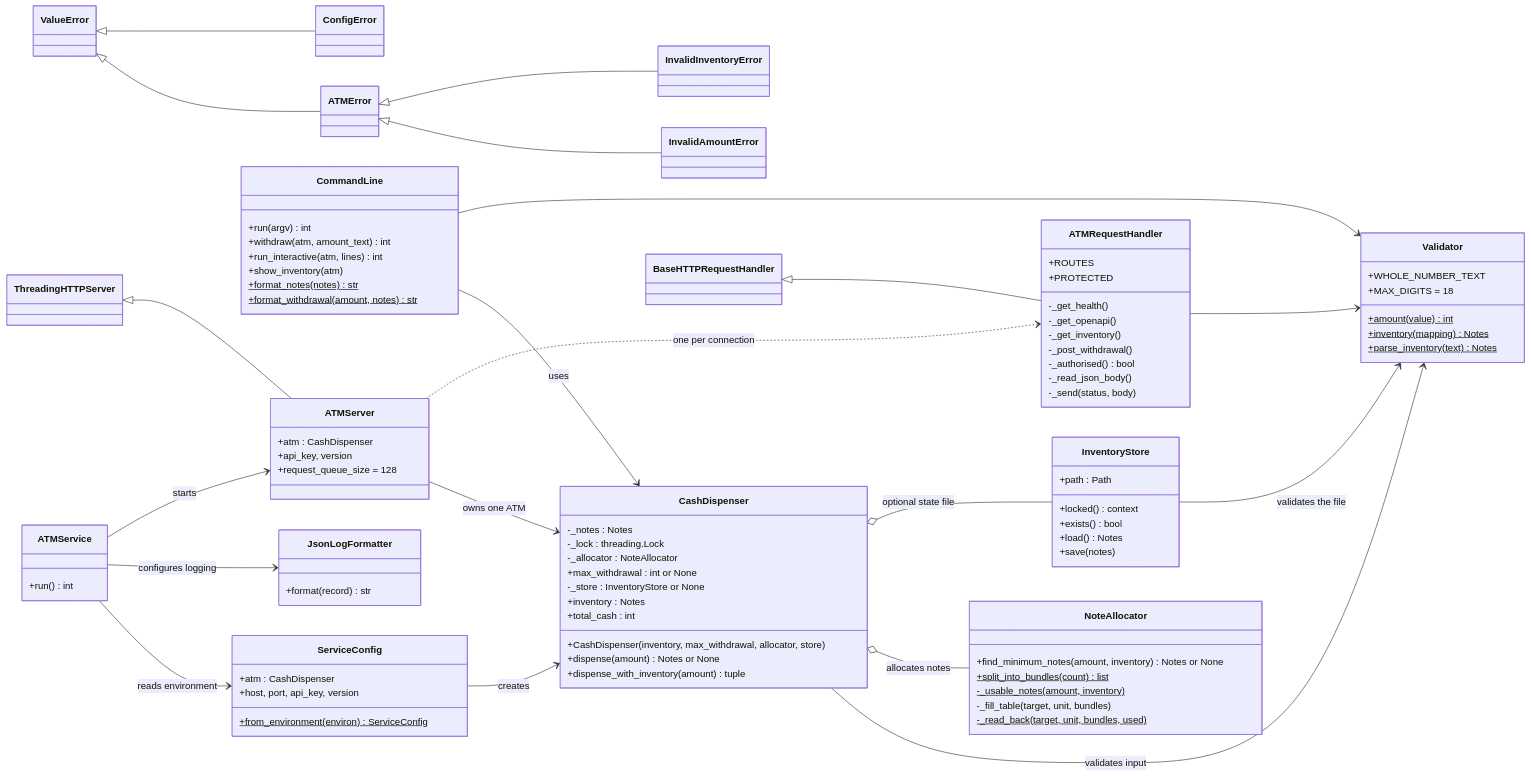
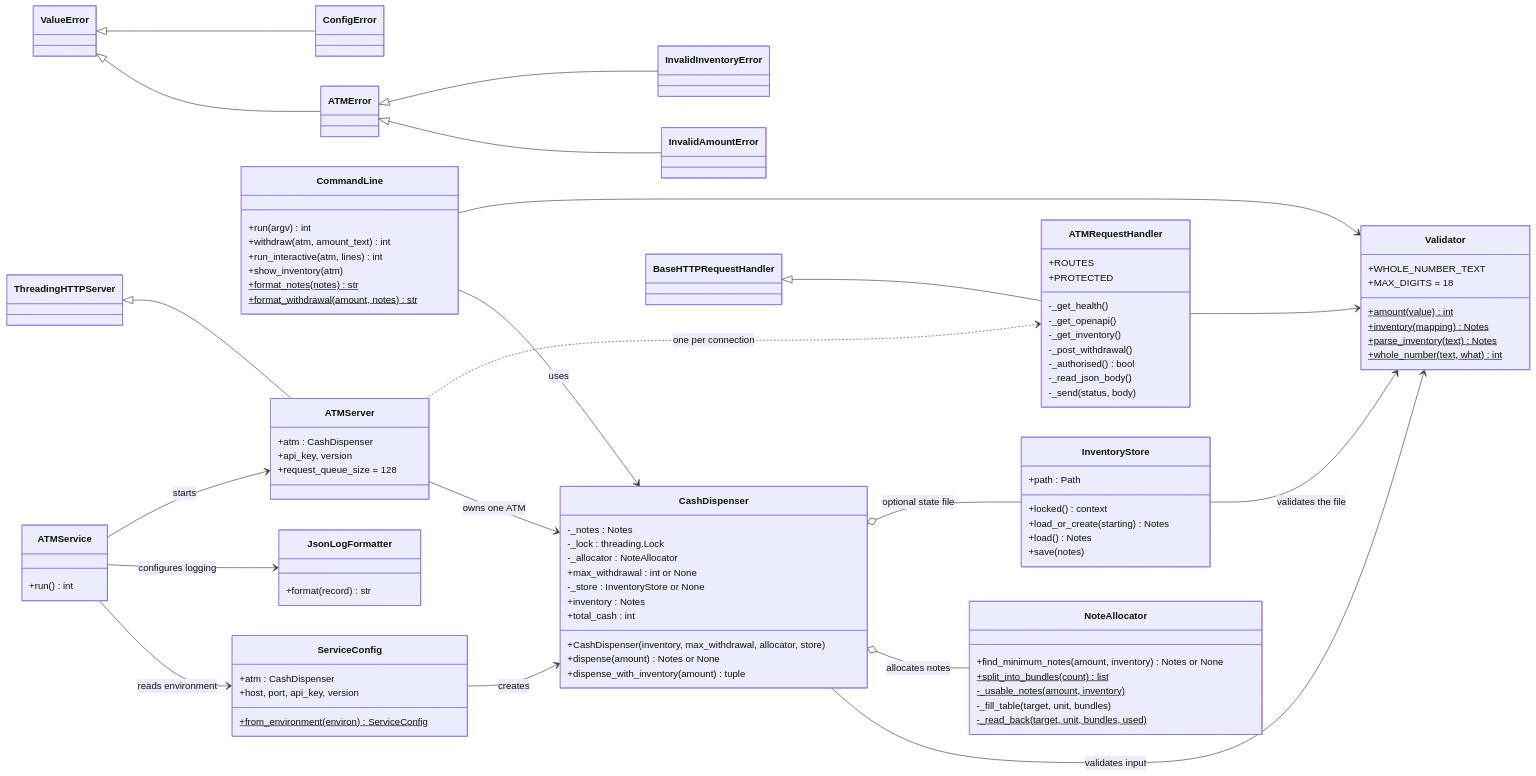
Before and after one commit to AnupamGupta86/InmarCodingAssignment: the third of 7 diagrams in README.md, drawn with Mermaid. The commit also changed other lines of this file and 3 other files, not shown here.

```diff
--- a/README.md
+++ b/README.md
@@ -151,6 +151,7 @@
         +amount(value)$ int
         +inventory(mapping)$ Notes
         +parse_inventory(text)$ Notes
+        +whole_number(text, what)$ int
     }
 
     class NoteAllocator {
@@ -177,7 +178,7 @@
     class InventoryStore {
         +path : Path
         +locked() context
-        +exists() bool
+        +load_or_create(starting) Notes
         +load() Notes
         +save(notes)
     }
```
